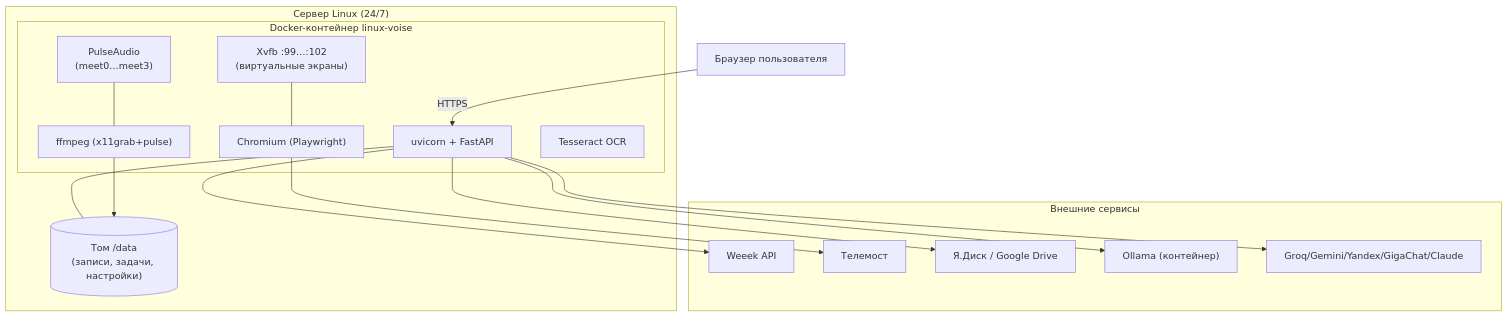
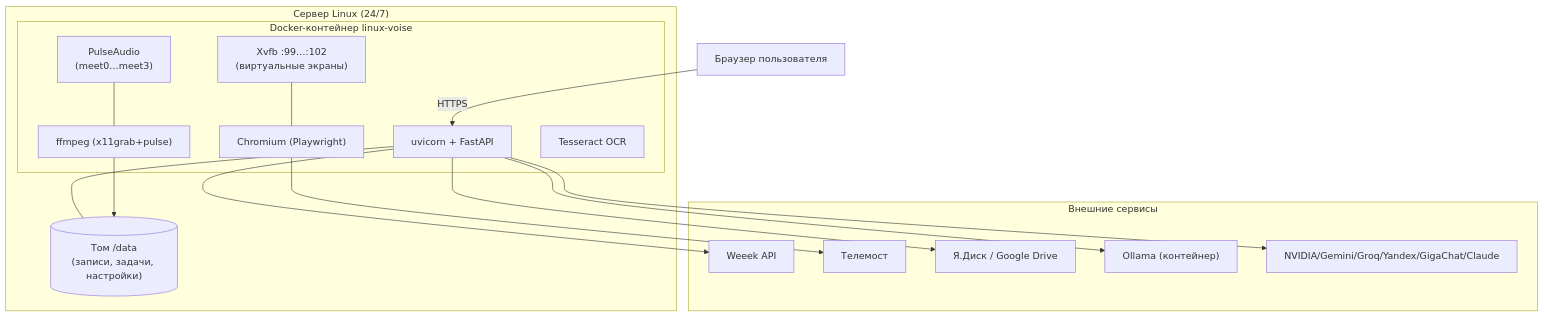
One commit to sglazunov/voise-bot changed the eighth of 11 diagrams in docs/ДИАГРАММЫ-UML-BPMN.md. Above: the diagram before and after it, drawn with Mermaid. The commit also changed 5 other files, not shown here.

````diff
--- a/docs/ДИАГРАММЫ-UML-BPMN.md
+++ b/docs/ДИАГРАММЫ-UML-BPMN.md
@@ -294,26 +294,26 @@
 ```mermaid
 flowchart TB
   subgraph Server["Сервер Linux (24/7)"]
     subgraph Docker["Docker-контейнер linux-voise"]
       UV["uvicorn + FastAPI"]
       XVFB["Xvfb :99…:102<br/>(виртуальные экраны)"]
       PULSE["PulseAudio<br/>(meet0…meet3)"]
       CHROME["Chromium (Playwright)"]
       FFMPEG["ffmpeg (x11grab+pulse)"]
       TESS["Tesseract OCR"]
     end
     VOL[("Том /data<br/>(записи, задачи, настройки)")]
   end
   subgraph Ext["Внешние сервисы"]
     WEEEK["Weeek API"]; TM["Телемост"]; YD["Я.Диск / Google Drive"]
-    OLL["Ollama (контейнер)"]; CLOUDLLM["Groq/Gemini/Yandex/GigaChat/Claude"]
+    OLL["Ollama (контейнер)"]; CLOUDLLM["NVIDIA/Gemini/Groq/Yandex/GigaChat/Claude"]
   end
   Browser["Браузер пользователя"] -->|HTTPS| UV
   UV --- VOL
   CHROME --> TM
   FFMPEG --> VOL
   UV --> WEEEK & YD
   UV --> OLL & CLOUDLLM
   XVFB --- CHROME
   PULSE --- FFMPEG
 ```
````
